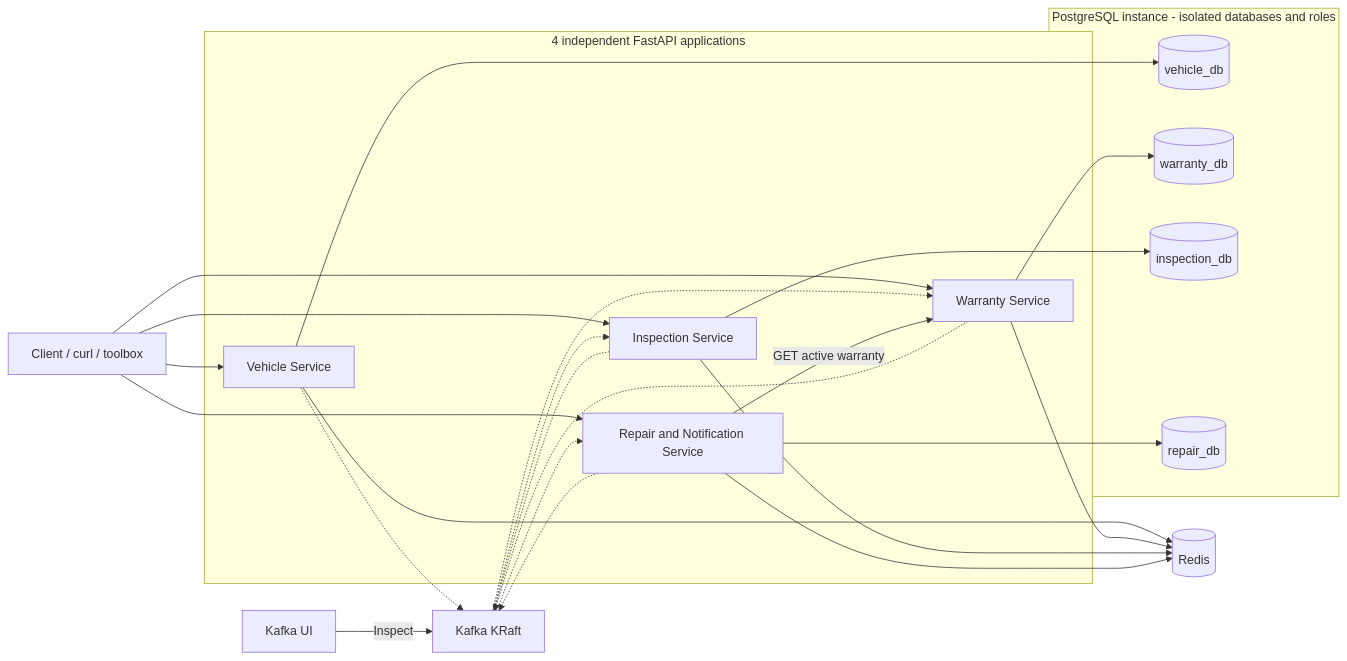
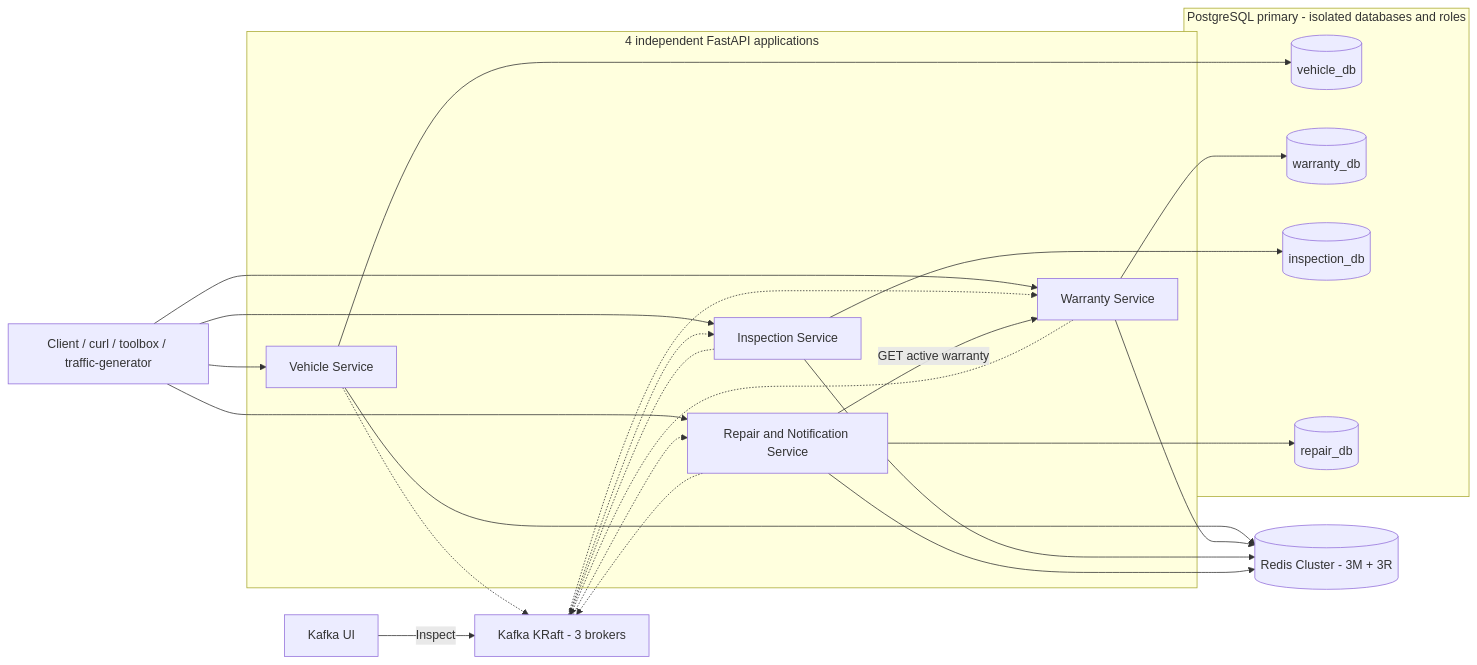
Before and after one commit to Huy-8bit/interview: the first of 9 diagrams in lab/README.md, drawn with Mermaid. The commit also changed other lines of this file and 143 other files, not shown here.

First line of the commit message:
feat(tests): enhance vehicle service tests and add traffic generator

````diff
--- a/lab/README.md
+++ b/lab/README.md
@@ -40,40 +40,40 @@
 ```mermaid
 flowchart LR
-    client["Client / curl / toolbox"]
+    client["Client / curl / toolbox / traffic-generator"]
     subgraph apps["4 independent FastAPI applications"]
         vehicle["Vehicle Service"]
         warranty["Warranty Service"]
         inspection["Inspection Service"]
         repair["Repair and Notification Service"]
     end
-    subgraph databases["PostgreSQL instance - isolated databases and roles"]
+    subgraph databases["PostgreSQL primary - isolated databases and roles"]
         vehicleDb[("vehicle_db")]
         warrantyDb[("warranty_db")]
         inspectionDb[("inspection_db")]
         repairDb[("repair_db")]
     end
-    redis[("Redis")]
-    kafka["Kafka KRaft"]
+    redis[("Redis Cluster - 3M + 3R")]
+    kafka["Kafka KRaft - 3 brokers"]
     ui["Kafka UI"]
     client --> vehicle
     client --> warranty
     client --> inspection
     client --> repair
     vehicle --> vehicleDb
     warranty --> warrantyDb
     inspection --> inspectionDb
     repair --> repairDb
     vehicle --> redis
     warranty --> redis
     inspection --> redis
     repair --> redis
     vehicle -.-> kafka
     warranty -.-> kafka
     inspection -.-> kafka
     repair -.-> kafka
     kafka -.-> warranty
     kafka -.-> inspection
     kafka -.-> repair
     repair -->|"GET active warranty"| warranty
     ui -->|"Inspect"| kafka
 ```
````
